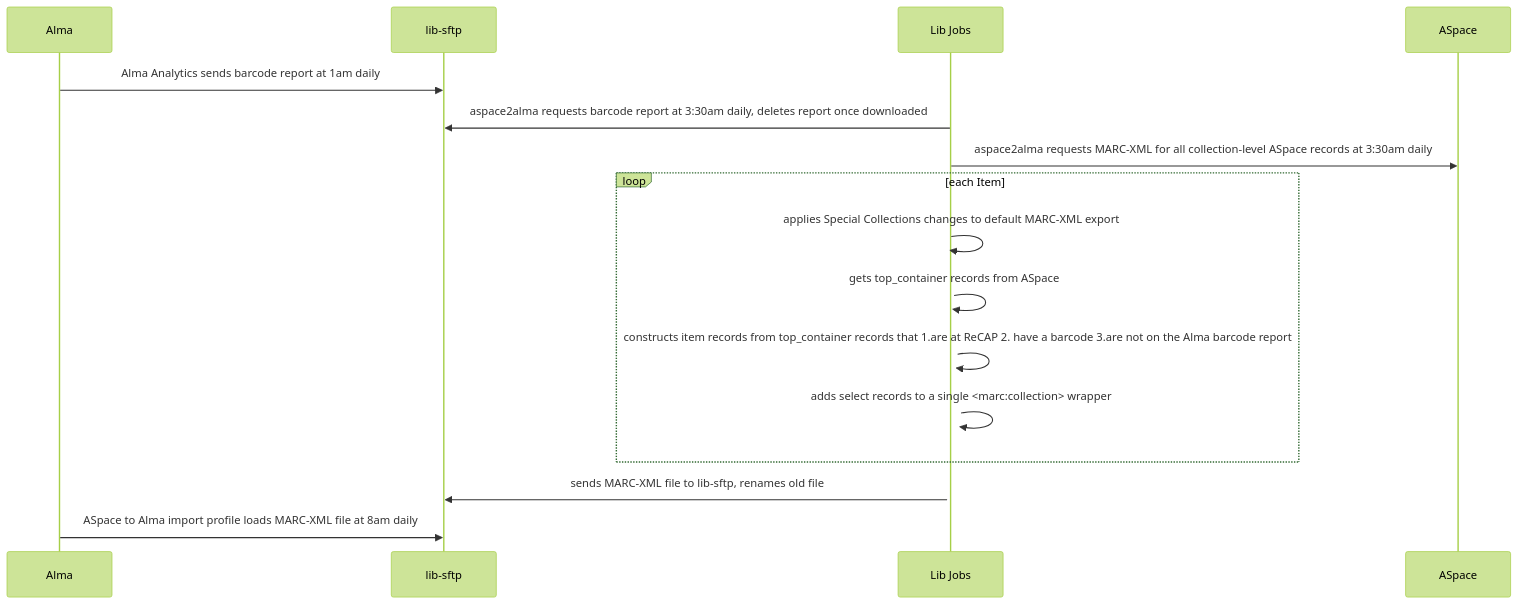
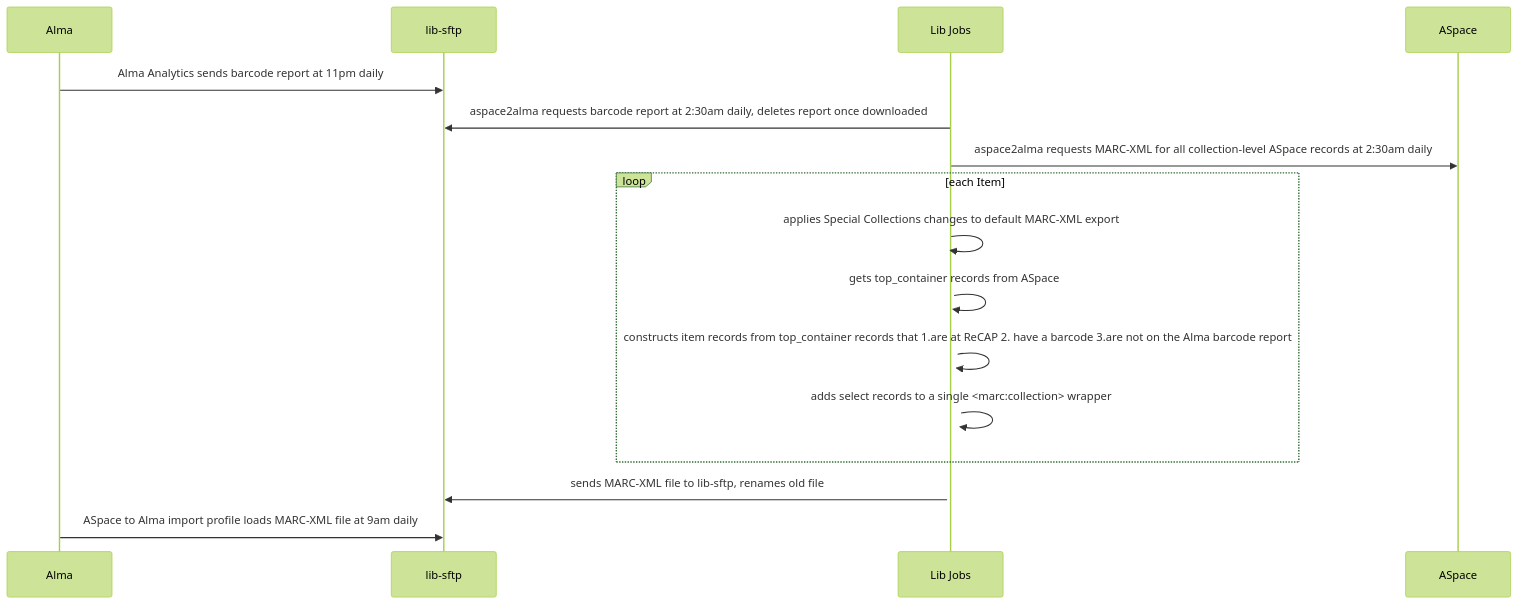
Before and after one commit to pulibrary/lib_jobs: the diagram in docs/aspace2alma/readme.md, drawn with Mermaid (forest theme).

````diff
--- a/docs/aspace2alma/readme.md
+++ b/docs/aspace2alma/readme.md
@@ -3,25 +3,25 @@
 ```mermaid
 sequenceDiagram
 accTitle: Diagram depicting loading select records from ArchivesSpace to Alma.
 accDescr {
-  Alma Analytics sends barcode report at 1am daily.
-  aspace2alma requests barcode report at 3:30am daily; deletes report once downloaded.
-  aspace2alma requests MARC-XML for all collection-level ASpace records at 3:30am daily.
+  Alma Analytics sends barcode report at 11pm daily.
+  aspace2alma requests barcode report at 2:30am daily; deletes report once downloaded.
+  aspace2alma requests MARC-XML for all collection-level ASpace records at 2:30am daily.
   Lib Jobs applies Special Collections changes to default MARC-XML export and adds select records to a single <marc:collection> wrapper.
   Lib Jobs gets top_container records from ASpace.
   Lib Jobs constructs item records from top_container records that 1.are at ReCAP 2. have a barcode 3.are not on the Alma barcode report.
   Lib Jobs sends MARC-XML file to lib-sftp; renames old file.
-  ASpace to Alma imports profile loads MARC-XML file at 8am daily.
+  ASpace to Alma imports profile loads MARC-XML file at 9am daily.
 }
-Alma->>lib-sftp: Alma Analytics sends barcode report at 1am daily
-Lib Jobs->>lib-sftp: aspace2alma requests barcode report at 3:30am daily, deletes report once downloaded
-Lib Jobs->>ASpace: aspace2alma requests MARC-XML for all collection-level ASpace records at 3:30am daily
+Alma->>lib-sftp: Alma Analytics sends barcode report at 11pm daily
+Lib Jobs->>lib-sftp: aspace2alma requests barcode report at 2:30am daily, deletes report once downloaded
+Lib Jobs->>ASpace: aspace2alma requests MARC-XML for all collection-level ASpace records at 2:30am daily
 loop each Item
   Lib Jobs->>+Lib Jobs: applies Special Collections changes to default MARC-XML export
   Lib Jobs->>+Lib Jobs: gets top_container records from ASpace
   Lib Jobs->>+Lib Jobs: constructs item records from top_container records that 1.are at ReCAP 2. have a barcode 3.are not on the Alma barcode report
   Lib Jobs->>+Lib Jobs: adds select records to a single <marc:collection> wrapper
 end
 Lib Jobs->>lib-sftp: sends MARC-XML file to lib-sftp, renames old file
-Alma->>lib-sftp: ASpace to Alma import profile loads MARC-XML file at 8am daily
+Alma->>lib-sftp: ASpace to Alma import profile loads MARC-XML file at 9am daily
 ```
````
